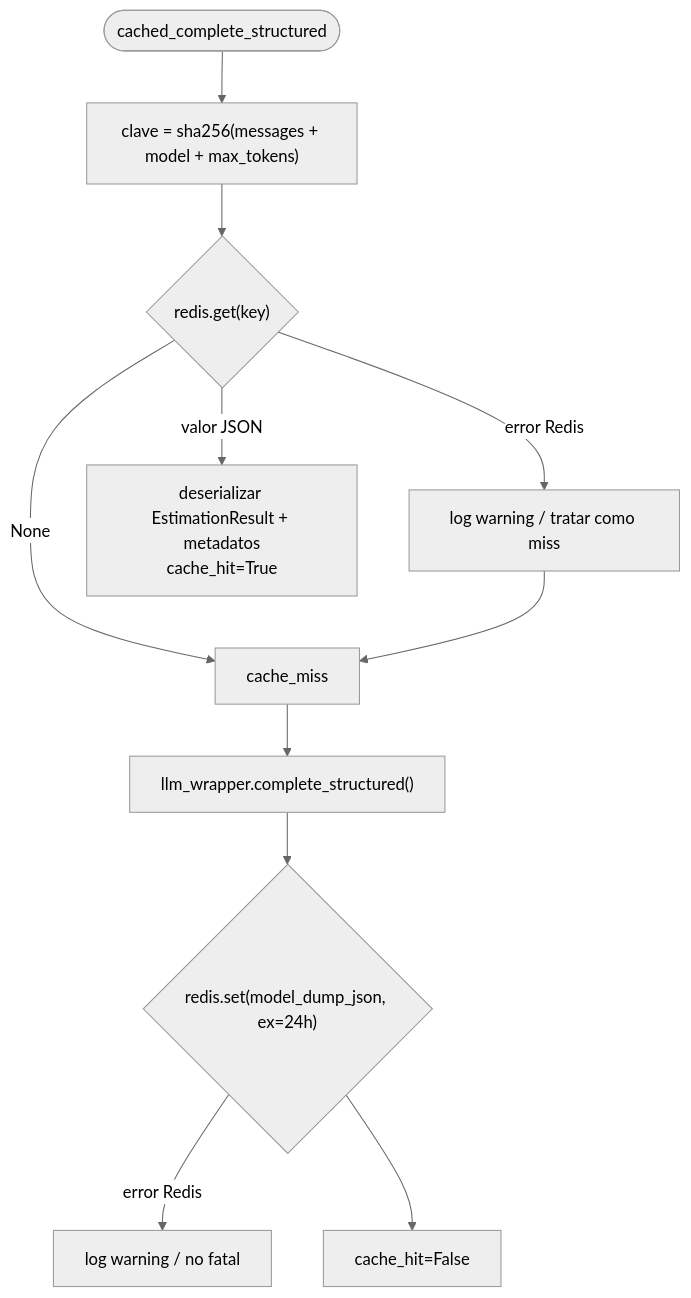
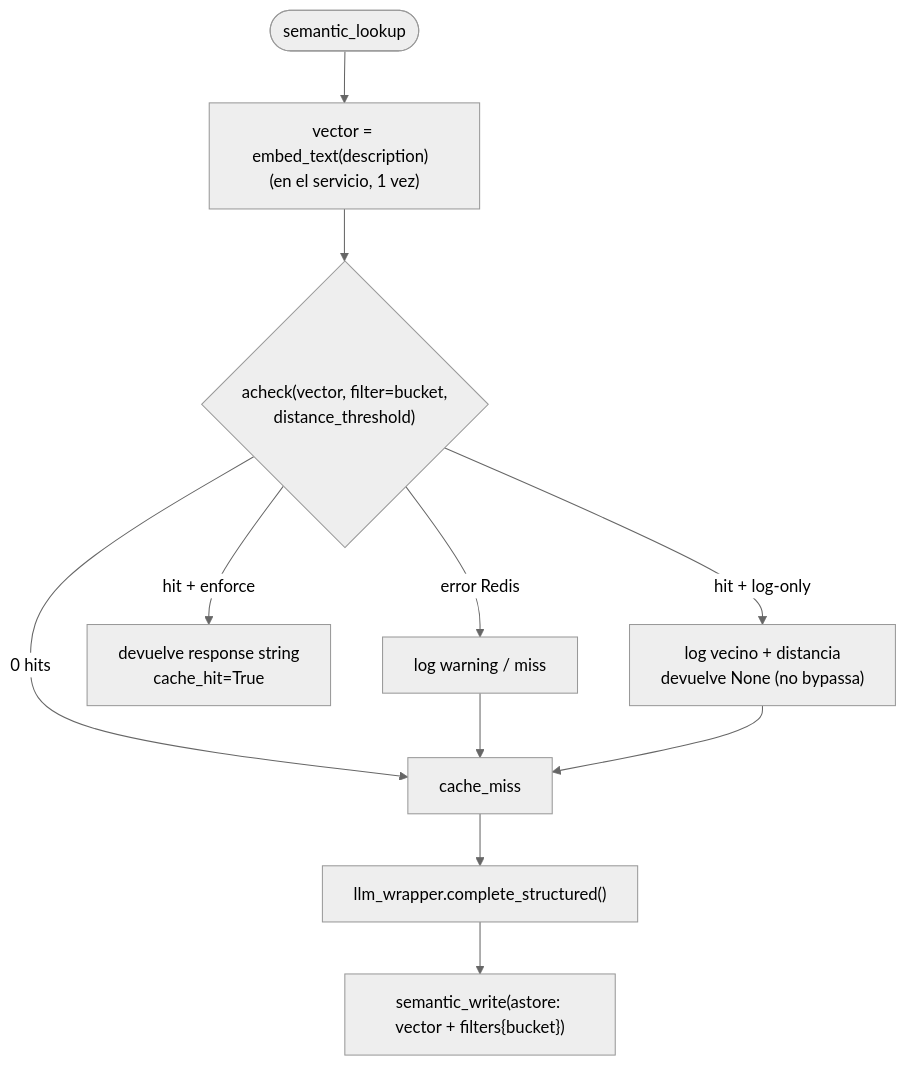
Before and after one commit to salvalcaraz080/LIDR-RAG-master: the fifth of 11 diagrams in ARCHITECTURE.md, drawn with Mermaid (neutral theme). The commit also changed other lines of this file and 16 other files, not shown here.

````diff
--- a/ARCHITECTURE.md
+++ b/ARCHITECTURE.md
@@ -352,13 +371,13 @@
 ```mermaid
 flowchart TD
-    start([cached_complete_structured]) --> key["clave = sha256(messages + model + max_tokens)"]
-    key --> read{"redis.get(key)"}
-    read -->|"error Redis"| miss_log["log warning / tratar como miss"]
-    read -->|"valor JSON"| hit["deserializar EstimationResult + metadatos<br/>cache_hit=True"]
-    read -->|"None"| miss["cache_miss"]
+    start([semantic_lookup]) --> embed["vector = embed_text(description)  (en el servicio, 1 vez)"]
+    embed --> check{"acheck(vector, filter=bucket,<br/>distance_threshold)"}
+    check -->|"error Redis"| miss_log["log warning / miss"]
+    check -->|"0 hits"| miss["cache_miss"]
+    check -->|"hit + enforce"| hit["devuelve response string<br/>cache_hit=True"]
+    check -->|"hit + log-only"| shadow["log vecino + distancia<br/>devuelve None (no bypassa)"]
     miss_log --> miss
+    shadow --> miss
     miss --> llm["llm_wrapper.complete_structured()"]
-    llm --> write{"redis.set(model_dump_json, ex=24h)"}
-    write -->|"error Redis"| write_log["log warning / no fatal"]
-    write --> ret["cache_hit=False"]
+    llm --> write["semantic_write(astore: vector + filters{bucket})"]
 ```
````
